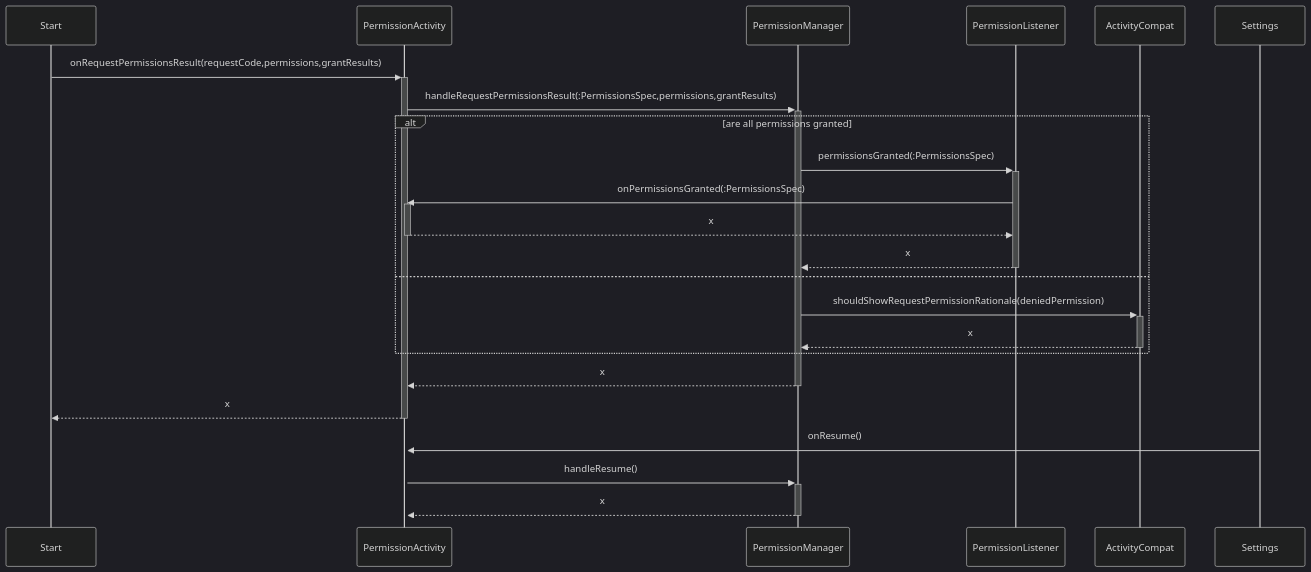
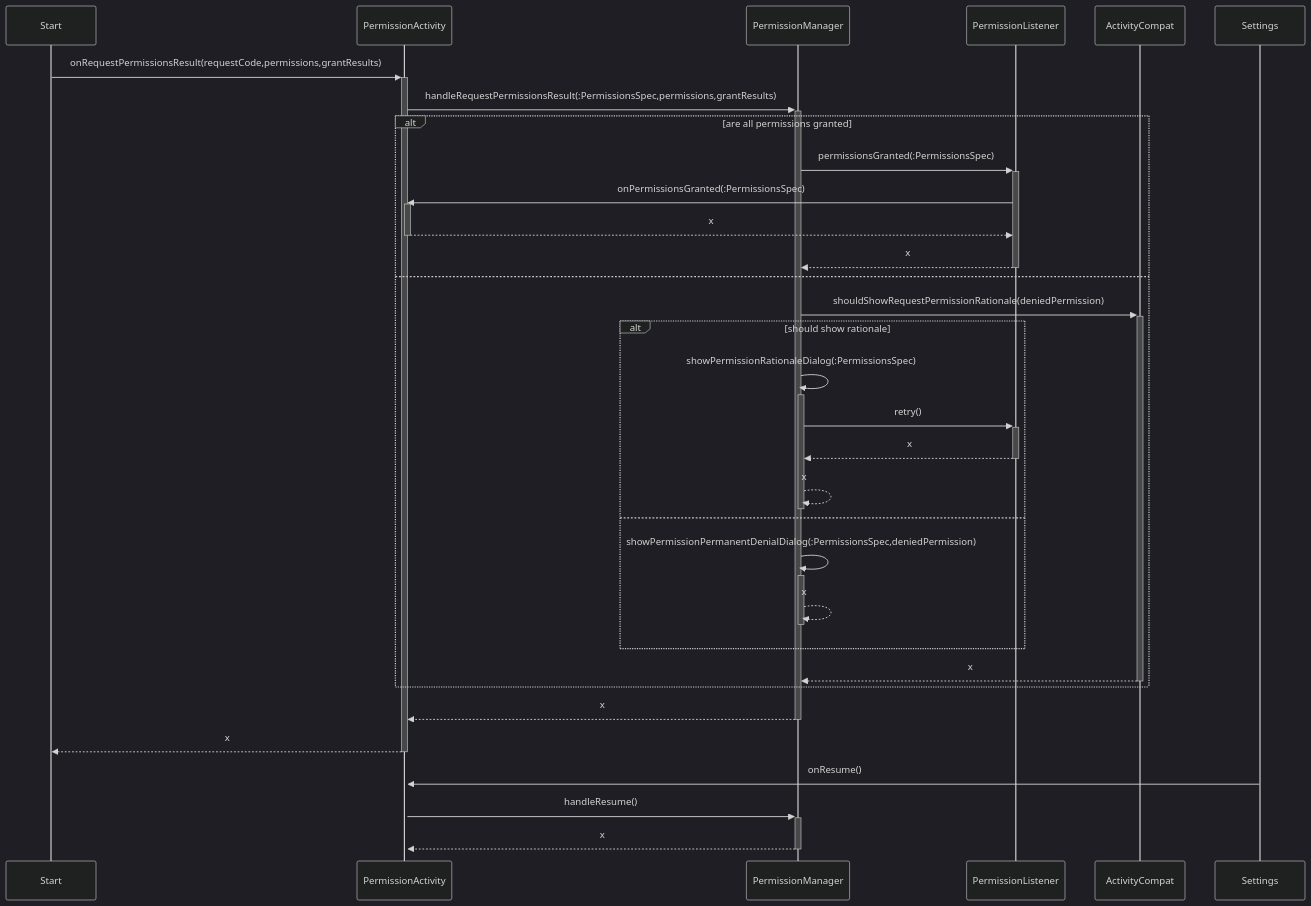
The diagram in development.mmd (mjureczko/maly-poszukiwacz-skarbow), drawn with Mermaid (dark theme) before and after one commit.

```diff
--- a/development.mmd
+++ b/development.mmd
@@ -1,17 +1,26 @@
 sequenceDiagram
     Start ->>+ PermissionActivity: onRequestPermissionsResult(requestCode,permissions,grantResults)
     PermissionActivity ->>+ PermissionManager: handleRequestPermissionsResult(:PermissionsSpec,permissions,grantResults)
     alt are all permissions granted
         PermissionManager ->>+ PermissionListener: permissionsGranted(:PermissionsSpec)
         PermissionListener ->>+ PermissionActivity: onPermissionsGranted(:PermissionsSpec)
         PermissionActivity -->>- PermissionListener: x
         PermissionListener -->>- PermissionManager: x
     else
         PermissionManager ->>+ ActivityCompat: shouldShowRequestPermissionRationale(deniedPermission)
+        alt should show rationale
+            PermissionManager ->>+ PermissionManager: showPermissionRationaleDialog(:PermissionsSpec)
+            PermissionManager ->>+  PermissionListener: retry()
+            PermissionListener -->>- PermissionManager: x
+            PermissionManager -->>- PermissionManager: x
+        else
+            PermissionManager ->>+ PermissionManager: showPermissionPermanentDenialDialog(:PermissionsSpec,deniedPermission)
+            PermissionManager -->>- PermissionManager: x
+        end
         ActivityCompat -->>- PermissionManager: x
     end
     PermissionManager -->>- PermissionActivity: x
     PermissionActivity -->>- Start: x
     Settings ->>+ PermissionActivity: onResume()
     PermissionActivity ->>+ PermissionManager: handleResume()
     PermissionManager -->>- PermissionActivity: x
```
